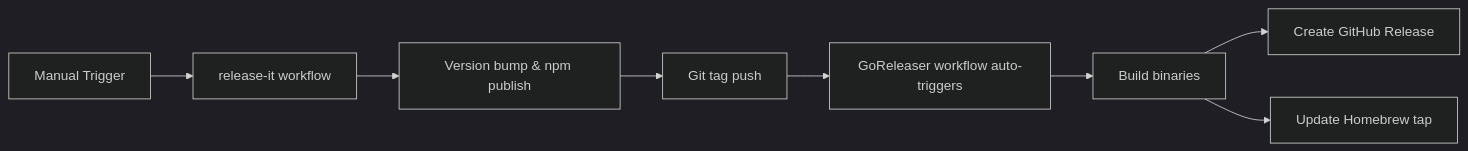
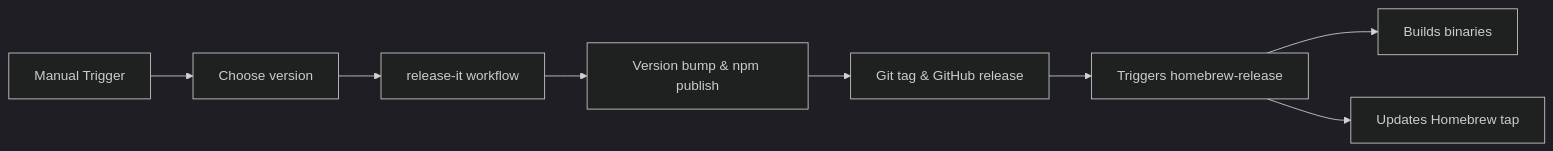
One commit to sugurutakahashi-1234/ai-chat-md-export changed the second of 2 diagrams in CONTRIBUTING.md. Above: the diagram before and after it, drawn with Mermaid (dark theme). The commit also changed other lines of this file and 17 other files, not shown here.

````diff
--- a/CONTRIBUTING.md
+++ b/CONTRIBUTING.md
@@ -39,10 +69,10 @@
 ```mermaid
 graph LR
-    A[Manual Trigger] --> B[release-it workflow]
-    B --> C[Version bump & npm publish]
-    C --> D[Git tag push]
-    D --> E[GoReleaser workflow auto-triggers]
-    E --> F[Build binaries]
-    F --> G[Create GitHub Release]
-    F --> H[Update Homebrew tap]
+    A[Manual Trigger] --> B[Choose version]
+    B --> C[release-it workflow]
+    C --> D[Version bump & npm publish]
+    D --> E[Git tag & GitHub release]
+    E --> F[Triggers homebrew-release]
+    F --> G[Builds binaries]
+    F --> H[Updates Homebrew tap]
 ```
````
